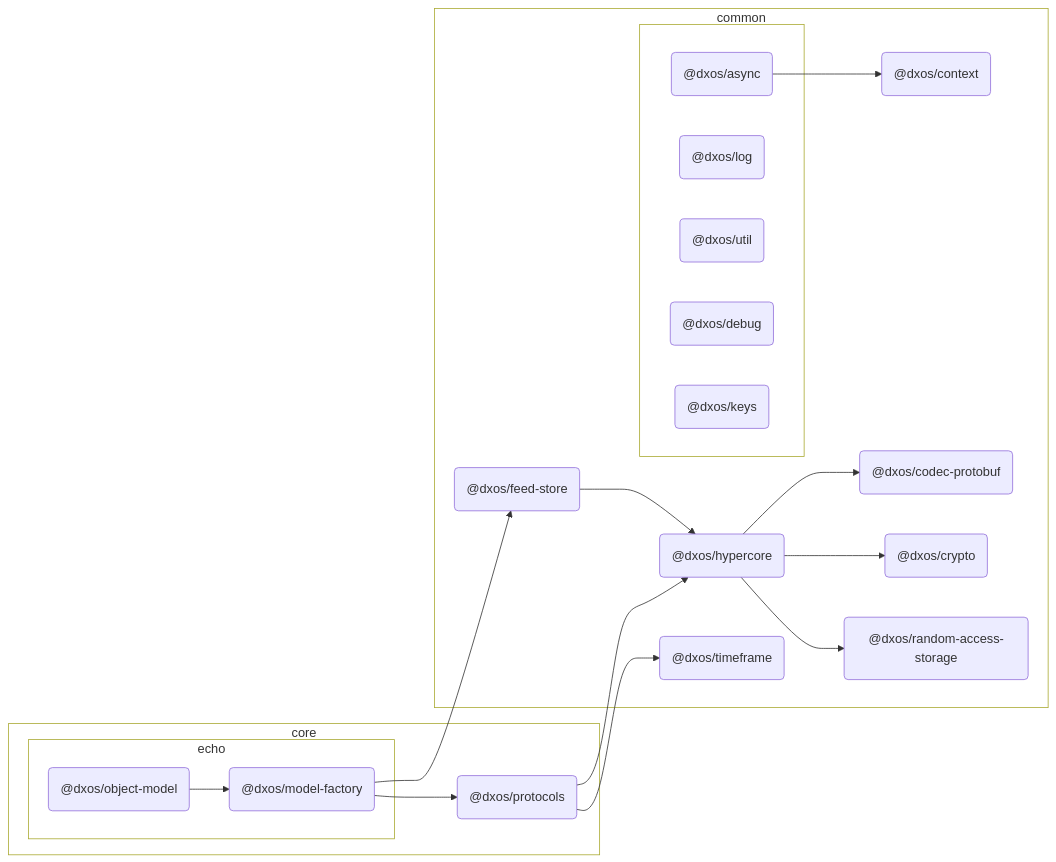
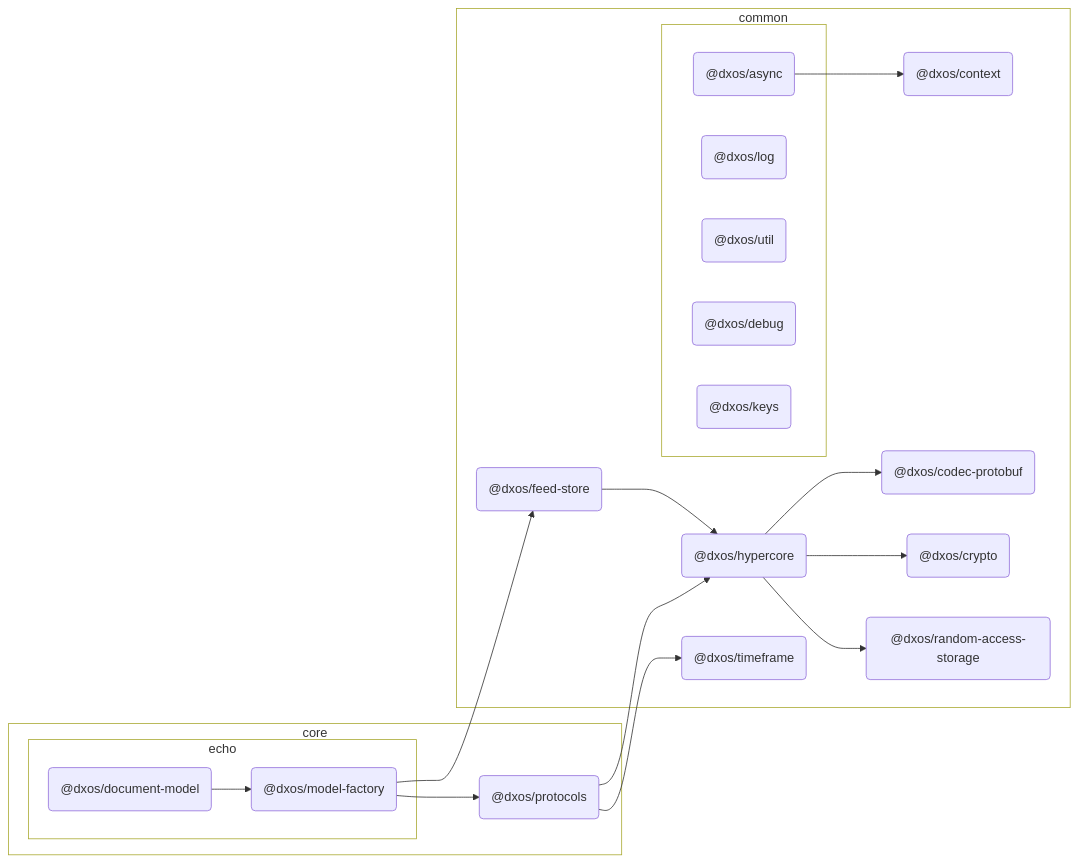
One commit to dxos/dxos changed the diagram in packages/core/echo/document-model/docs/README.md. Above: the diagram before and after it, drawn with Mermaid. The commit also changed other lines of this file and 47 other files, not shown here.

````diff
--- a/packages/core/echo/document-model/docs/README.md
+++ b/packages/core/echo/document-model/docs/README.md
@@ -7,69 +7,69 @@
 ```mermaid
 %%{ init: {'flowchart':{'curve':'basis'}} }%%
 
 flowchart LR
 
 %% Classes
 
 
 
 %% Nodes
 
 subgraph core [core]
   style core fill:transparent
   dxos/protocols("@dxos/protocols"):::def
   click dxos/protocols "dxos/dxos/tree/main/packages/core/protocols/docs"
 
   subgraph echo [echo]
     style echo fill:transparent
-    dxos/object-model("@dxos/object-model"):::root
-    click dxos/object-model "dxos/dxos/tree/main/packages/core/echo/object-model/docs"
+    dxos/document-model("@dxos/document-model"):::root
+    click dxos/document-model "dxos/dxos/tree/main/packages/core/echo/document-model/docs"
     dxos/model-factory("@dxos/model-factory"):::def
     click dxos/model-factory "dxos/dxos/tree/main/packages/core/echo/model-factory/docs"
   end
 end
 
 subgraph common [common]
   style common fill:transparent
   dxos/context("@dxos/context"):::def
   click dxos/context "dxos/dxos/tree/main/packages/common/context/docs"
   dxos/codec-protobuf("@dxos/codec-protobuf"):::def
   click dxos/codec-protobuf "dxos/dxos/tree/main/packages/common/codec-protobuf/docs"
   dxos/feed-store("@dxos/feed-store"):::def
   click dxos/feed-store "dxos/dxos/tree/main/packages/common/feed-store/docs"
   dxos/crypto("@dxos/crypto"):::def
   click dxos/crypto "dxos/dxos/tree/main/packages/common/crypto/docs"
   dxos/hypercore("@dxos/hypercore"):::def
   click dxos/hypercore "dxos/dxos/tree/main/packages/common/hypercore/docs"
   dxos/random-access-storage("@dxos/random-access-storage"):::def
   click dxos/random-access-storage "dxos/dxos/tree/main/packages/common/random-access-storage/docs"
   dxos/timeframe("@dxos/timeframe"):::def
   click dxos/timeframe "dxos/dxos/tree/main/packages/common/timeframe/docs"
 
   subgraph _ [ ]
     style _ fill:transparent
     dxos/async("@dxos/async"):::def
     click dxos/async "dxos/dxos/tree/main/packages/common/async/docs"
     dxos/log("@dxos/log"):::def
     click dxos/log "dxos/dxos/tree/main/packages/common/log/docs"
     dxos/util("@dxos/util"):::def
     click dxos/util "dxos/dxos/tree/main/packages/common/util/docs"
     dxos/debug("@dxos/debug"):::def
     click dxos/debug "dxos/dxos/tree/main/packages/common/debug/docs"
     dxos/keys("@dxos/keys"):::def
     click dxos/keys "dxos/dxos/tree/main/packages/common/keys/docs"
   end
 end
 
 %% Links
 dxos/async --> dxos/context
-dxos/object-model --> dxos/model-factory
+dxos/document-model --> dxos/model-factory
 dxos/model-factory --> dxos/feed-store
 dxos/feed-store --> dxos/hypercore
 dxos/hypercore --> dxos/codec-protobuf
 dxos/hypercore --> dxos/crypto
 dxos/hypercore --> dxos/random-access-storage
 dxos/model-factory --> dxos/protocols
 dxos/protocols --> dxos/hypercore
 dxos/protocols --> dxos/timeframe
 ```
````
